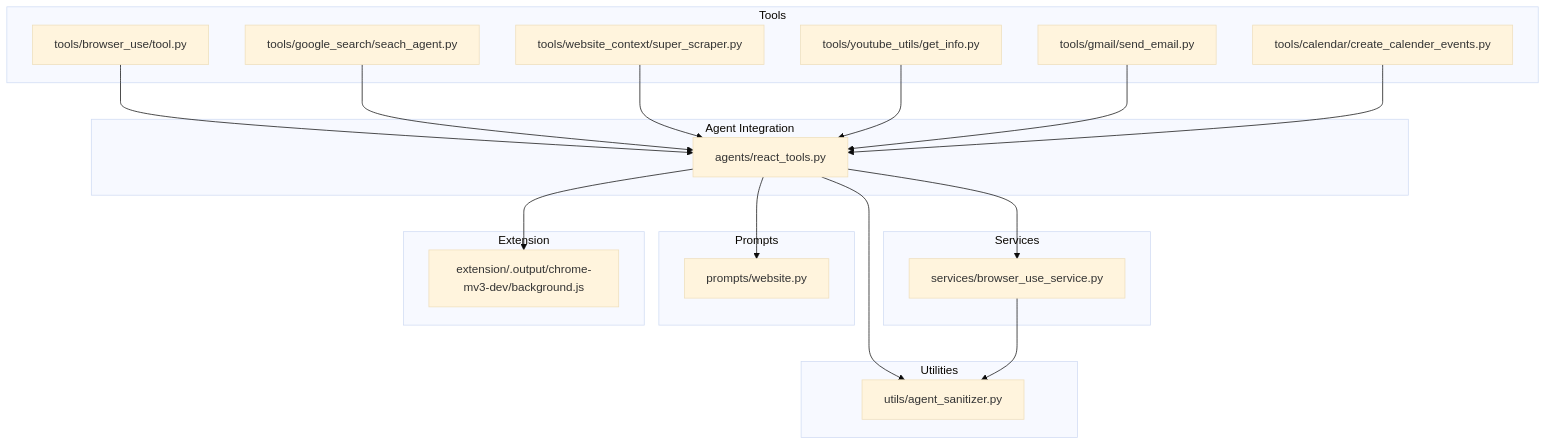
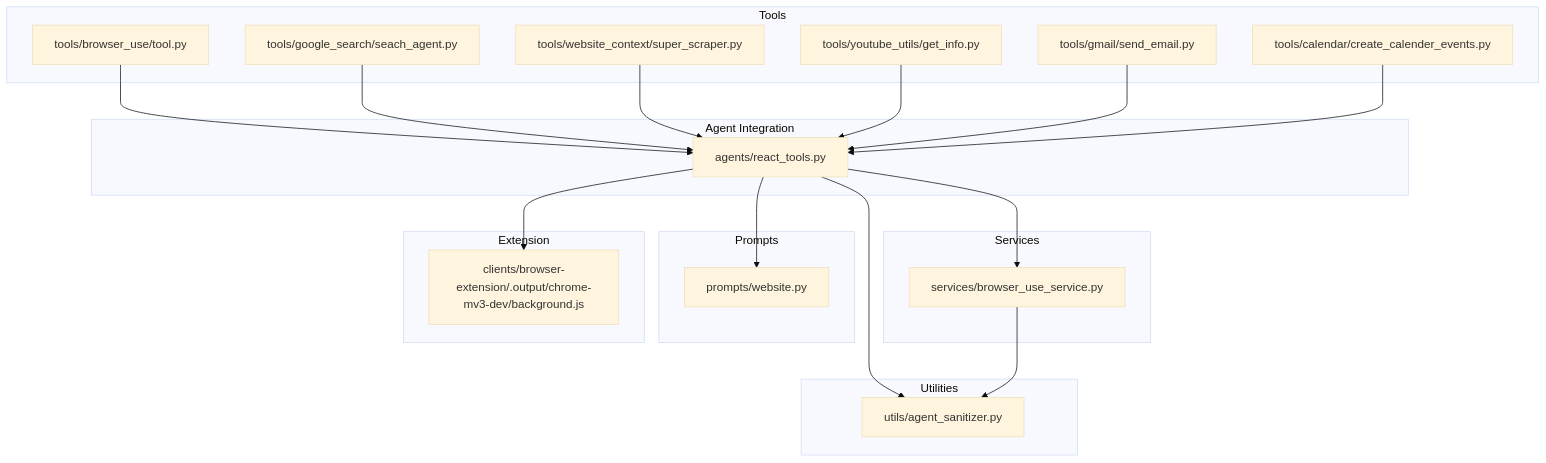
The first of 6 diagrams in src/data/docs/agentic-browser/Tool System/Custom Tool Development Guide.md (tashifkhan/tashif.codes), drawn with Mermaid (base theme) before and after one commit. The commit also changed other lines of this file and 2128 other files, not shown here.

First line of the commit message:
docs: replace raster diagram images with native Mermaid across project guides

````diff
--- a/src/data/docs/agentic-browser/Tool System/Custom Tool Development Guide.md
+++ b/src/data/docs/agentic-browser/Tool System/Custom Tool Development Guide.md
@@ -9,37 +9,37 @@
 ```mermaid
 graph TB
 subgraph "Tools"
 T1["tools/browser_use/tool.py"]
 T2["tools/google_search/seach_agent.py"]
 T3["tools/website_context/super_scraper.py"]
 T4["tools/youtube_utils/get_info.py"]
 T5["tools/gmail/send_email.py"]
 T6["tools/calendar/create_calender_events.py"]
 end
 subgraph "Agent Integration"
 A1["agents/react_tools.py"]
 end
 subgraph "Services"
 S1["services/browser_use_service.py"]
 end
 subgraph "Prompts"
 P1["prompts/website.py"]
 end
 subgraph "Utilities"
 U1["utils/agent_sanitizer.py"]
 end
 subgraph "Extension"
-E1["extension/.output/chrome-mv3-dev/background.js"]
+E1["clients/browser-extension/.output/chrome-mv3-dev/background.js"]
 end
 T1 --> A1
 T2 --> A1
 T3 --> A1
 T4 --> A1
 T5 --> A1
 T6 --> A1
 A1 --> S1
 A1 --> P1
 A1 --> U1
 S1 --> U1
 A1 --> E1
 ```
````
